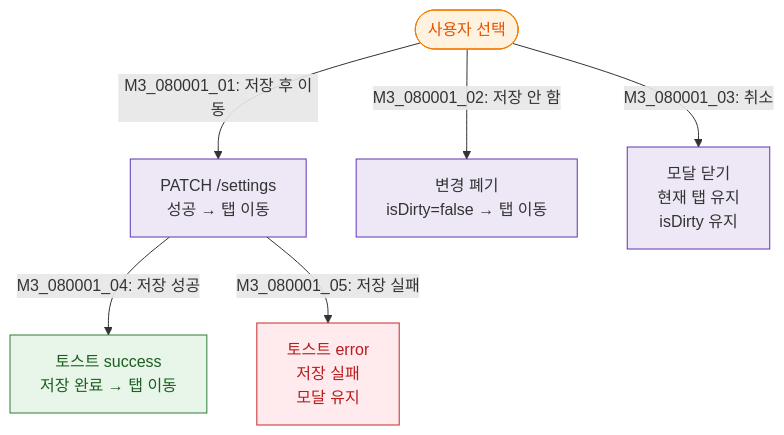
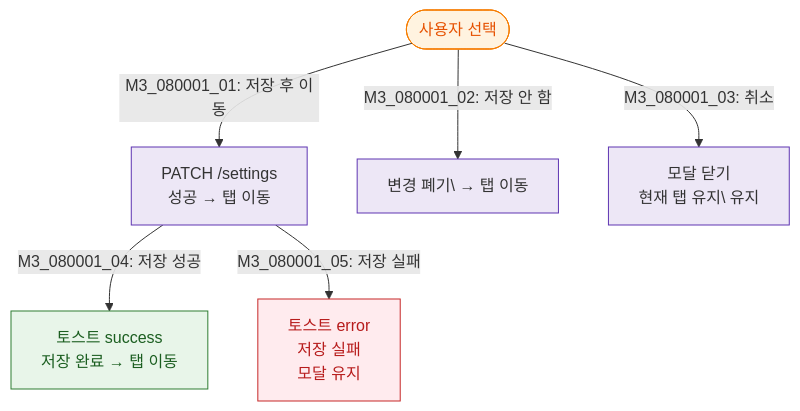
Before and after one commit to dev-spogym/admin-pando: the diagram in docs/다이어그램/D09_설정관리/DLG/DLG-080-001_미저장경고/M3_결과분기.md, drawn with Mermaid. The commit also changed other lines of this file and 1660 other files, not shown here.

First line of the commit message:
다이어그램: 기획자/클라이언트 납품본으로 정리

````diff
--- a/docs/다이어그램/D09_설정관리/DLG/DLG-080-001_미저장경고/M3_결과분기.md
+++ b/docs/다이어그램/D09_설정관리/DLG/DLG-080-001_미저장경고/M3_결과분기.md
@@ -14,18 +12,18 @@
 ```mermaid
 flowchart TD
-    Action([사용자 선택]) -->|"M3_080001_01: 저장 후 이동"| SavePath[PATCH /settings\n성공 → 탭 이동]
-    Action -->|"M3_080001_02: 저장 안 함"| DiscardPath[변경 폐기\nisDirty=false → 탭 이동]
-    Action -->|"M3_080001_03: 취소"| CancelPath[모달 닫기\n현재 탭 유지\nisDirty 유지]
+    Action([사용자 선택]) -->|"M3_080001_01: 저장 후 이동"|SavePath[PATCH /settings\n성공 → 탭 이동]
+    Action -->|"M3_080001_02: 저장 안 함"|DiscardPath[변경 폐기\ → 탭 이동]
+    Action -->|"M3_080001_03: 취소"|CancelPath[모달 닫기\n현재 탭 유지\ 유지]
 
-    SavePath -->|"M3_080001_04: 저장 성공"| T_SaveOK[토스트 success\n저장 완료 → 탭 이동]
-    SavePath -->|"M3_080001_05: 저장 실패"| T_SaveFail[토스트 error\n저장 실패\n모달 유지]
+    SavePath -->|"M3_080001_04: 저장 성공"|T_SaveOK[토스트 success\n저장 완료 → 탭 이동]
+    SavePath -->|"M3_080001_05: 저장 실패"|T_SaveFail[토스트 error\n저장 실패\n모달 유지]
 
     classDef modal fill:#FFF3E0,stroke:#F57C00,color:#E65100
     classDef success fill:#E8F5E9,stroke:#2E7D32,color:#1B5E20
     classDef error fill:#FFEBEE,stroke:#C62828,color:#B71C1C
     classDef system fill:#EDE7F6,stroke:#5E35B2
     class Action modal
     class T_SaveOK success
     class T_SaveFail error
     class SavePath,DiscardPath,CancelPath system
 ```
````
